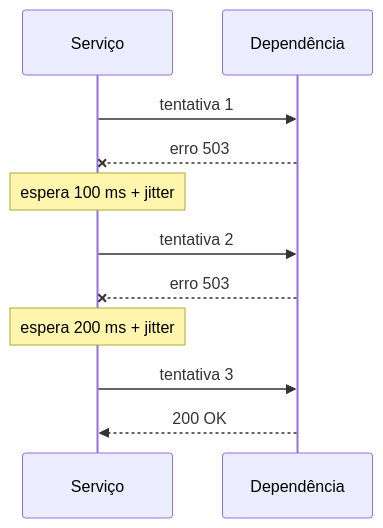
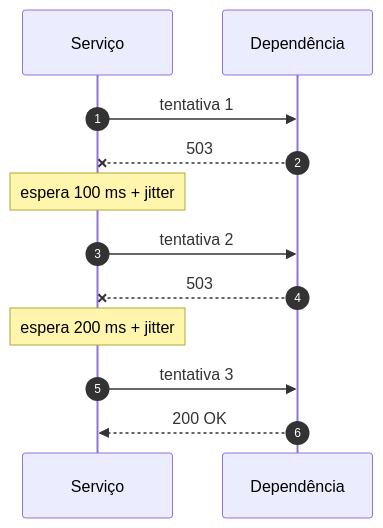
The third of 3 diagrams in arquitetura/docs/operacao/confiabilidade.md (edtroleis/techdocs-wikis), drawn with Mermaid before and after one commit. The commit also changed other lines of this file and 10 other files, not shown here.

````diff
--- a/arquitetura/docs/operacao/confiabilidade.md
+++ b/arquitetura/docs/operacao/confiabilidade.md
@@ -36,13 +76,14 @@
 ```mermaid
 sequenceDiagram
+    autonumber
     participant S as Serviço
     participant D as Dependência
     S->>D: tentativa 1
-    D--xS: erro 503
+    D--xS: 503
     Note over S: espera 100 ms + jitter
     S->>D: tentativa 2
-    D--xS: erro 503
+    D--xS: 503
     Note over S: espera 200 ms + jitter
     S->>D: tentativa 3
     D-->>S: 200 OK
 ```
````
